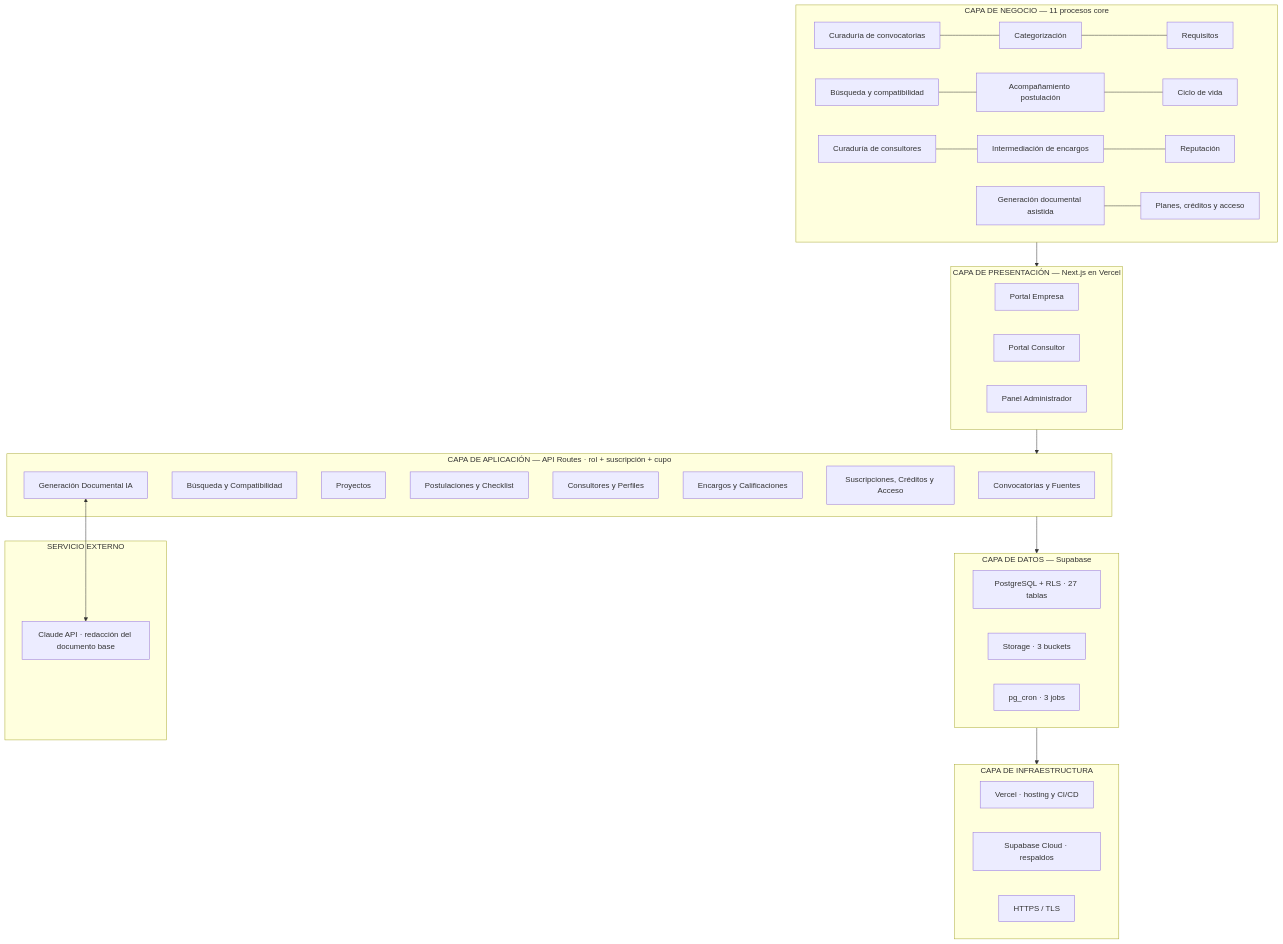
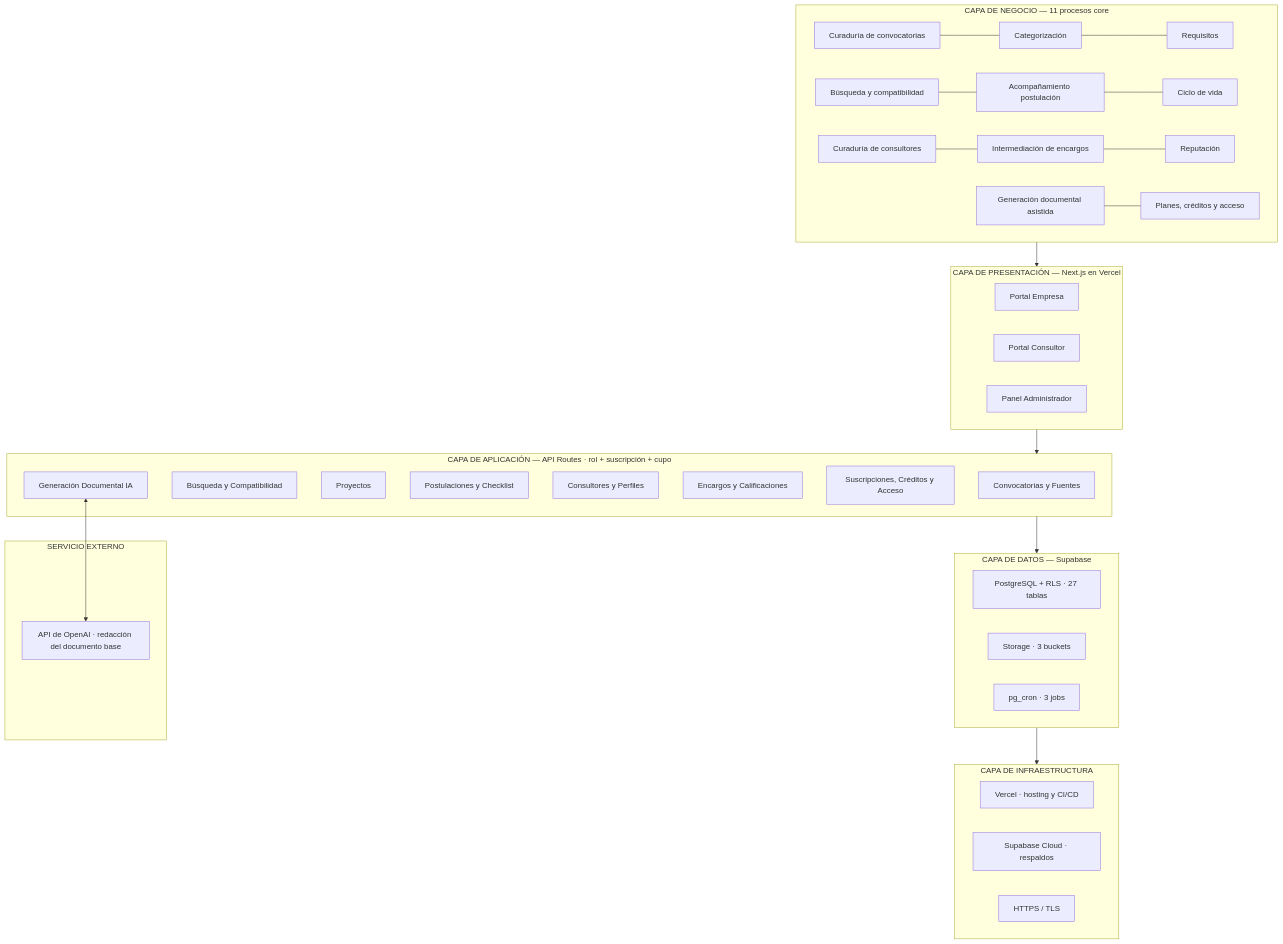
Before and after one commit to danielangeline/Convocatorias: the first of 2 diagrams in docs/99-especificacion-completa.md, drawn with Mermaid. The commit also changed other lines of this file and 48 other files, not shown here.

````diff
--- a/docs/99-especificacion-completa.md
+++ b/docs/99-especificacion-completa.md
@@ -798,39 +798,39 @@
 ```mermaid
 flowchart TB
     subgraph NEGOCIO["CAPA DE NEGOCIO — 11 procesos core"]
         P1["Curaduría de convocatorias"] --- P2["Categorización"] --- P3["Requisitos"]
         P4["Búsqueda y compatibilidad"] --- P5["Acompañamiento postulación"] --- P6["Ciclo de vida"]
         P7["Curaduría de consultores"] --- P8["Intermediación de encargos"] --- P9["Reputación"]
         P10["Generación documental asistida"] --- P11["Planes, créditos y acceso"]
     end
     subgraph PRESENTACION["CAPA DE PRESENTACIÓN — Next.js en Vercel"]
         PU["Portal Empresa"]
         PC["Portal Consultor"]
         PA["Panel Administrador"]
     end
     subgraph APLICACION["CAPA DE APLICACIÓN — API Routes · rol + suscripción + cupo"]
         S1["Convocatorias y Fuentes"]
         S2["Búsqueda y Compatibilidad"]
         S3["Proyectos"]
         S4["Postulaciones y Checklist"]
         S5["Consultores y Perfiles"]
         S6["Encargos y Calificaciones"]
         S7["Suscripciones, Créditos y Acceso"]
         S8["Generación Documental IA"]
     end
     subgraph IA["SERVICIO EXTERNO"]
-        CL["Claude API · redacción del documento base"]
+        CL["API de OpenAI · redacción del documento base"]
     end
     subgraph DATOS["CAPA DE DATOS — Supabase"]
         DB["PostgreSQL + RLS · 27 tablas"]
         ST["Storage · 3 buckets"]
         CR["pg_cron · 3 jobs"]
     end
     subgraph INFRA["CAPA DE INFRAESTRUCTURA"]
         V["Vercel · hosting y CI/CD"]
         SC["Supabase Cloud · respaldos"]
         TLS["HTTPS / TLS"]
     end
     NEGOCIO --> PRESENTACION --> APLICACION --> DATOS --> INFRA
     S8 <--> CL
 ```
````
